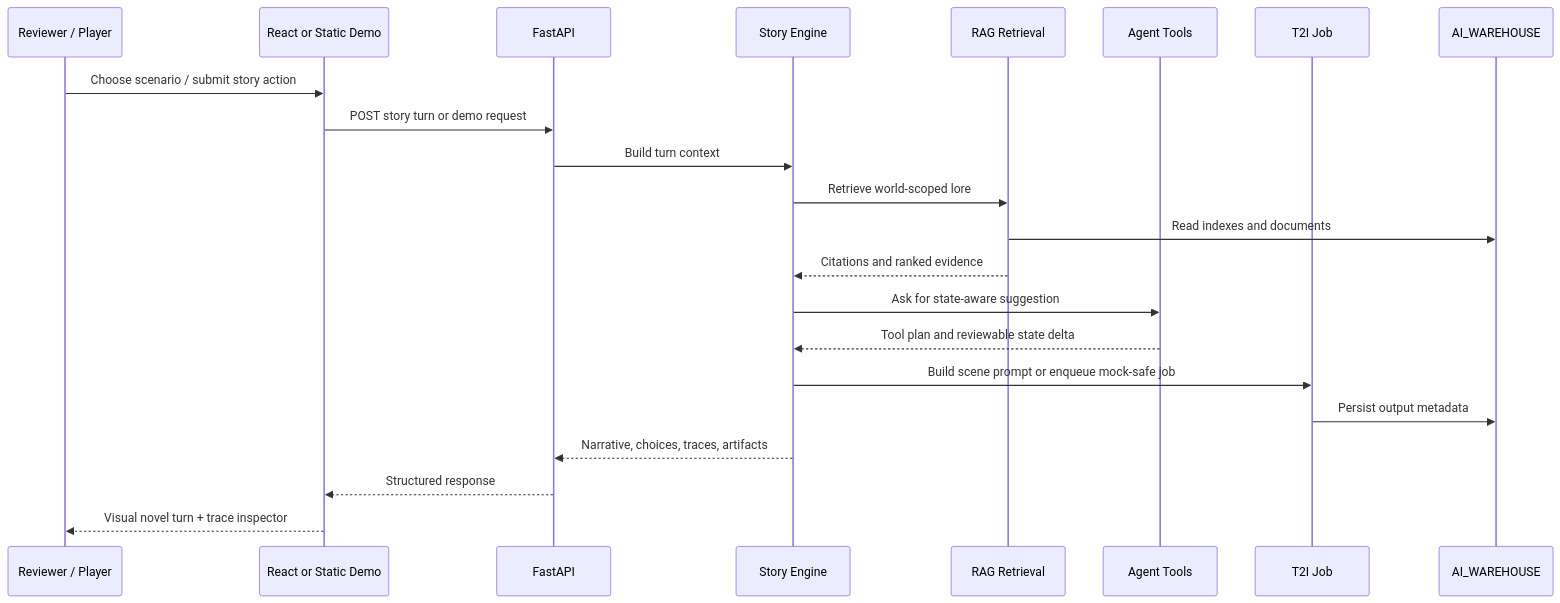
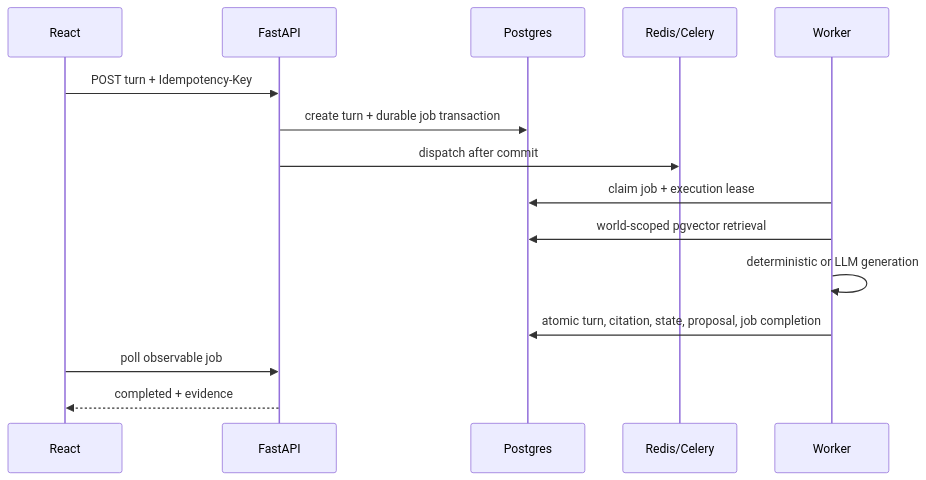
One commit to Justin21523/anime-adventure-lab changed the second of 2 diagrams in README.md. Above: the diagram before and after it, drawn with Mermaid. The commit also changed other lines of this file and 139 other files, not shown here.

````diff
--- a/README.md
+++ b/README.md
@@ -110,25 +52,17 @@
 ```mermaid
 sequenceDiagram
-  participant User as Reviewer / Player
-  participant UI as React or Static Demo
-  participant API as FastAPI
-  participant Story as Story Engine
-  participant RAG as RAG Retrieval
-  participant Agent as Agent Tools
-  participant T2I as T2I Job
-  participant Store as AI_WAREHOUSE
-
-  User->>UI: Choose scenario / submit story action
-  UI->>API: POST story turn or demo request
-  API->>Story: Build turn context
-  Story->>RAG: Retrieve world-scoped lore
-  RAG->>Store: Read indexes and documents
-  RAG-->>Story: Citations and ranked evidence
-  Story->>Agent: Ask for state-aware suggestion
-  Agent-->>Story: Tool plan and reviewable state delta
-  Story->>T2I: Build scene prompt or enqueue mock-safe job
-  T2I->>Store: Persist output metadata
-  Story-->>API: Narrative, choices, traces, artifacts
-  API-->>UI: Structured response
-  UI-->>User: Visual novel turn + trace inspector
+    participant UI as React
+    participant API as FastAPI
+    participant DB as Postgres
+    participant Q as Redis/Celery
+    participant W as Worker
+    UI->>API: POST turn + Idempotency-Key
+    API->>DB: create turn + durable job transaction
+    API->>Q: dispatch after commit
+    W->>DB: claim job + execution lease
+    W->>DB: world-scoped pgvector retrieval
+    W->>W: deterministic or LLM generation
+    W->>DB: atomic turn, citation, state, proposal, job completion
+    UI->>API: poll observable job
+    API-->>UI: completed + evidence
 ```
````
